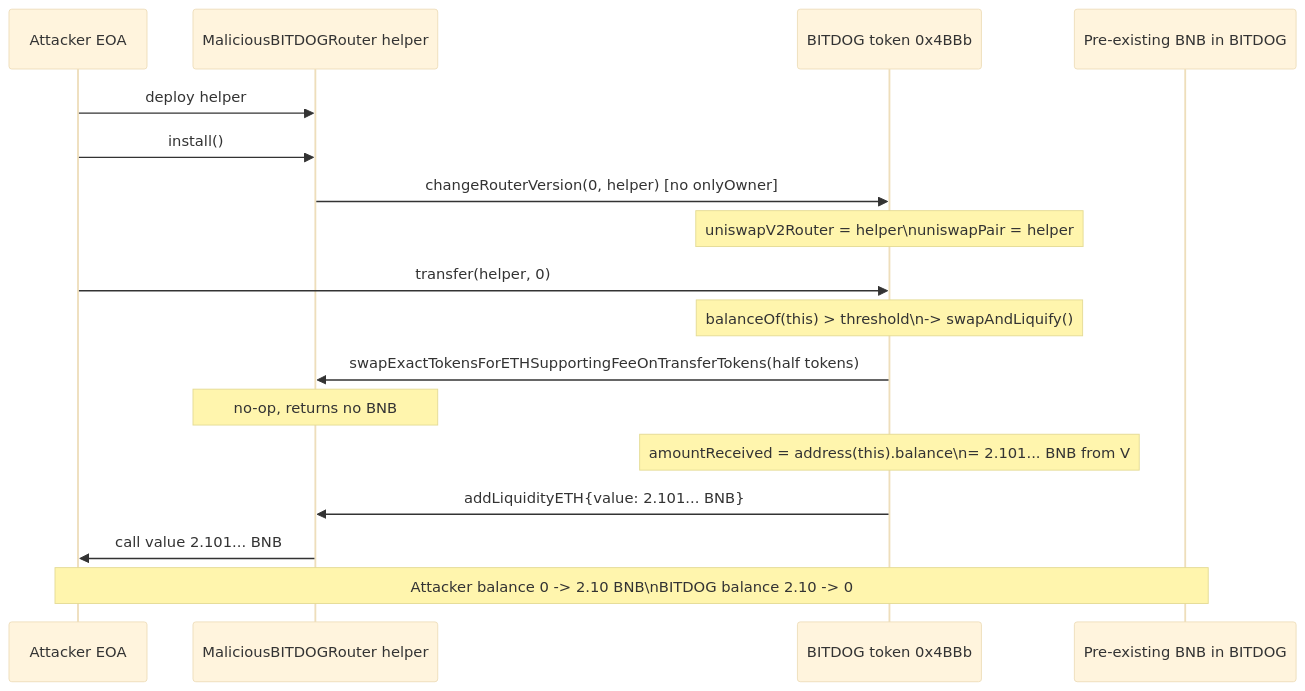
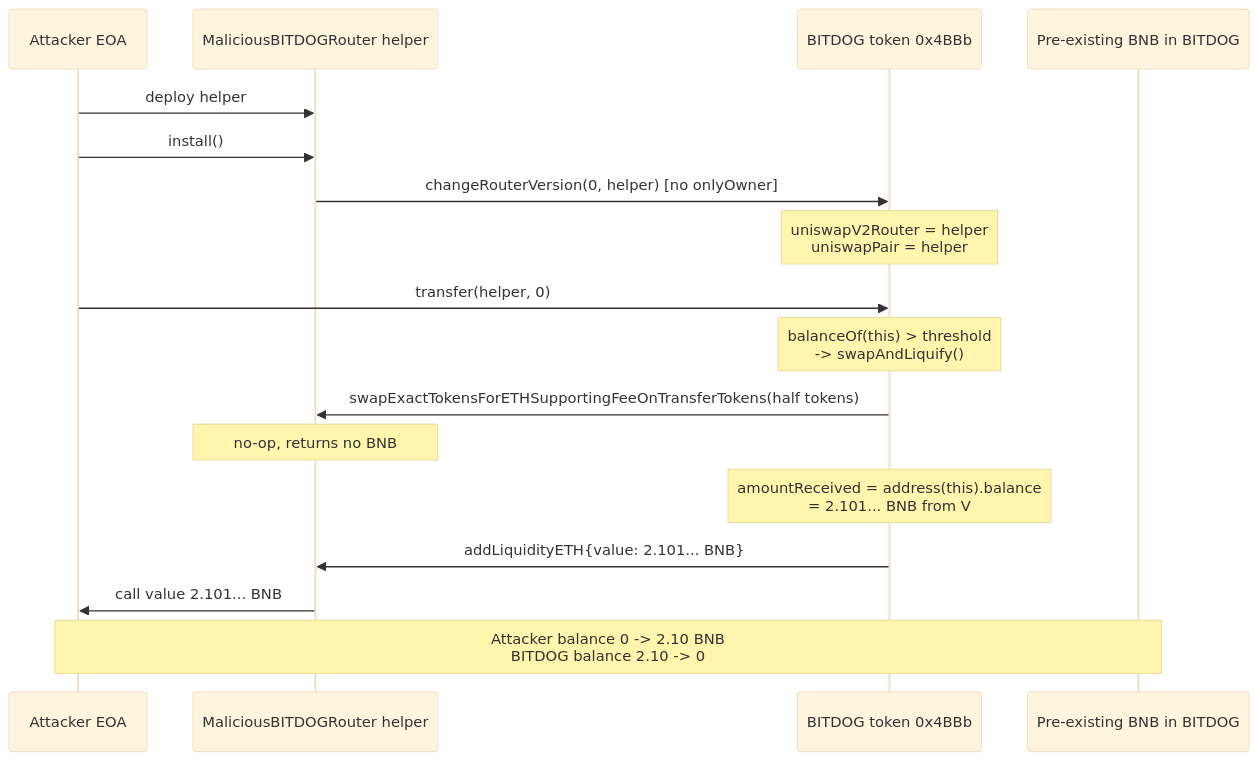
One commit to sanbir/evm-hack-registry changed the first of 2 diagrams in 2025-04-bitdog_exp/bitdog_exp.md. Above: the diagram before and after it, drawn with Mermaid (base theme). The commit also changed other lines of this file and 280 other files, not shown here.

Commit message:
mermaid fixes

````diff
--- a/2025-04-bitdog_exp/bitdog_exp.md
+++ b/2025-04-bitdog_exp/bitdog_exp.md
@@ -160,20 +160,20 @@
 ```mermaid
 sequenceDiagram
     participant A as Attacker EOA
     participant H as MaliciousBITDOGRouter helper
     participant T as BITDOG token 0x4BBb
     participant V as Pre-existing BNB in BITDOG
 
     A->>H: deploy helper
     A->>H: install()
     H->>T: changeRouterVersion(0, helper) [no onlyOwner]
-    Note over T: uniswapV2Router = helper\nuniswapPair = helper
+    Note over T: uniswapV2Router = helper<br/>uniswapPair = helper
     A->>T: transfer(helper, 0)
-    Note over T: balanceOf(this) > threshold\n-> swapAndLiquify()
+    Note over T: balanceOf(this) > threshold<br/>-> swapAndLiquify()
     T->>H: swapExactTokensForETHSupportingFeeOnTransferTokens(half tokens)
     Note over H: no-op, returns no BNB
-    Note over T: amountReceived = address(this).balance\n= 2.101... BNB from V
+    Note over T: amountReceived = address(this).balance<br/>= 2.101... BNB from V
     T->>H: addLiquidityETH{value: 2.101... BNB}
     H->>A: call value 2.101... BNB
-    Note over A,V: Attacker balance 0 -> 2.10 BNB\nBITDOG balance 2.10 -> 0
+    Note over A,V: Attacker balance 0 -> 2.10 BNB<br/>BITDOG balance 2.10 -> 0
 ```
````
